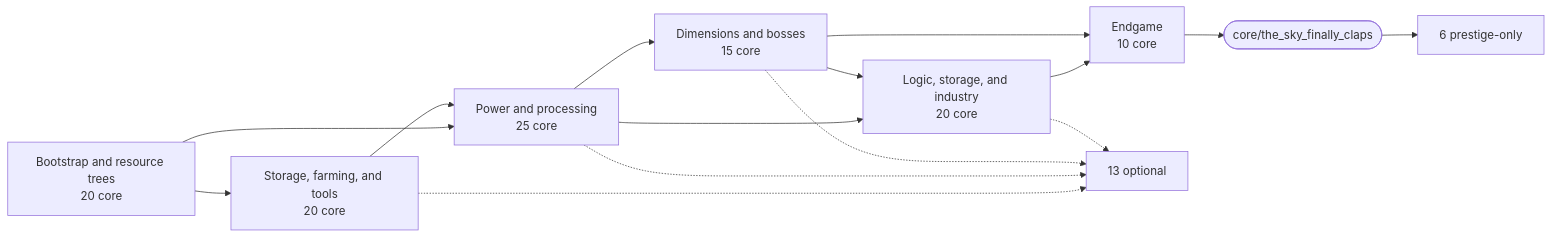
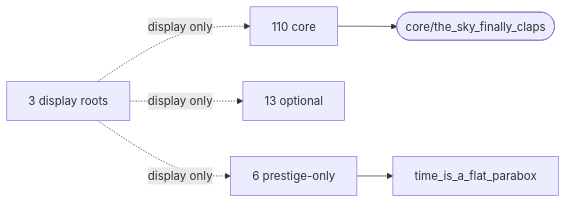
One commit to godh00d/sf4 changed the diagram in README.md. Above: the diagram before and after it, drawn with Mermaid. The commit also changed other lines of this file and 97 other files, not shown here.

````diff
--- a/README.md
+++ b/README.md
@@ -87,17 +87,8 @@
 ```mermaid
 flowchart LR
-    BOOT["Bootstrap and resource trees<br/>20 core"] --> FARM["Storage, farming, and tools<br/>20 core"]
-    BOOT --> POWER["Power and processing<br/>25 core"]
-    FARM --> POWER
-    POWER --> DIM["Dimensions and bosses<br/>15 core"]
-    POWER --> LOGIC["Logic, storage, and industry<br/>20 core"]
-    DIM --> LOGIC
-    LOGIC --> END["Endgame<br/>10 core"]
-    DIM --> END
-    END --> FINAL(["core/the_sky_finally_claps"])
-    FARM -.-> OPTIONAL["13 optional"]
-    POWER -.-> OPTIONAL
-    DIM -.-> OPTIONAL
-    LOGIC -.-> OPTIONAL
-    FINAL --> PRESTIGE["6 prestige-only"]
+    ROOTS["3 display roots"] -. display only .-> CORE["110 core"]
+    ROOTS -. display only .-> OPTIONAL["13 optional"]
+    ROOTS -. display only .-> PRESTIGE["6 prestige-only"]
+    CORE --> FINAL(["core/the_sky_finally_claps"])
+    PRESTIGE --> PARABOX["time_is_a_flat_parabox"]
 ```
````
